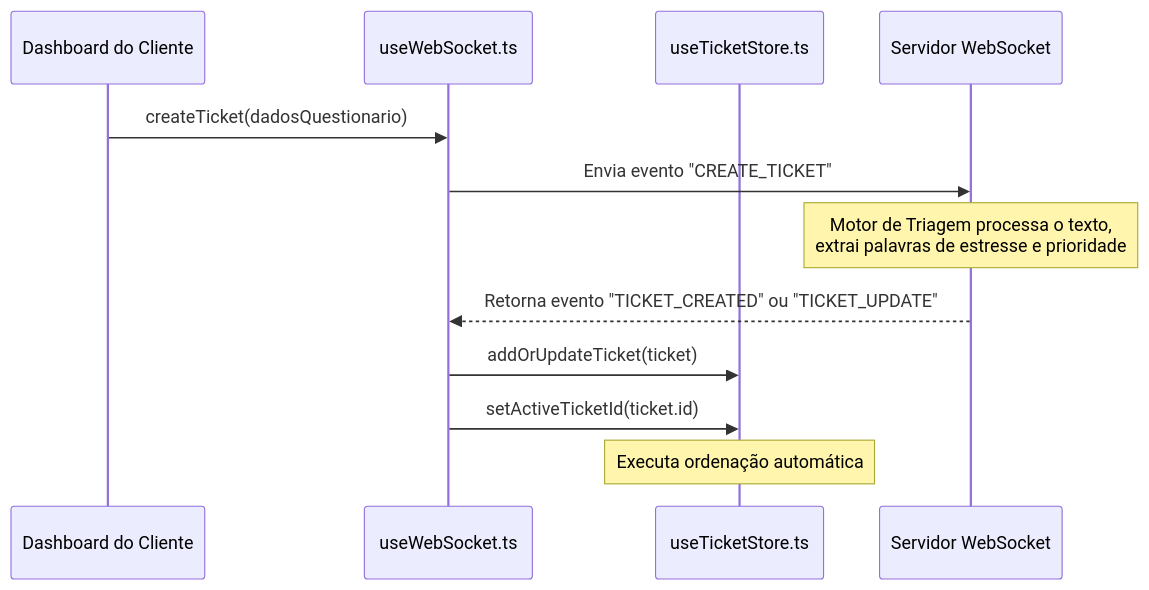
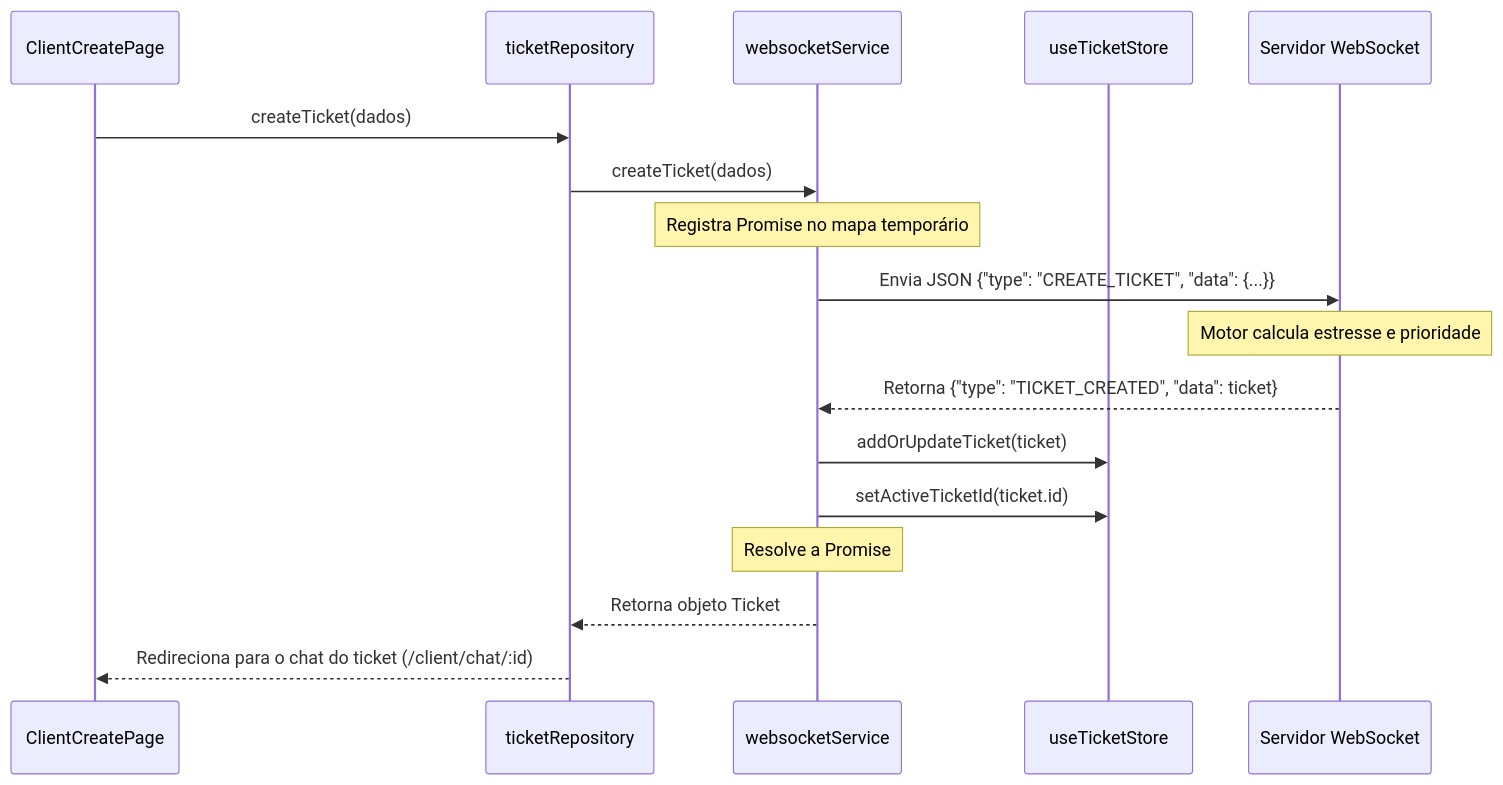
Before and after one commit to CaputiDev/TriageHub: the second of 2 diagrams in client/structure.md, drawn with Mermaid. The commit also changed other lines of this file and 2 other files, not shown here.

````diff
--- a/client/structure.md
+++ b/client/structure.md
@@ -68,15 +89,20 @@
 ```mermaid
 sequenceDiagram
-    participant Cliente as Dashboard do Cliente
-    participant WS as useWebSocket.ts
-    participant Store as useTicketStore.ts
+    participant View as ClientCreatePage
+    participant Repo as ticketRepository
+    participant WS as websocketService
+    participant Store as useTicketStore
     participant Server as Servidor WebSocket
 
-    Cliente->>WS: createTicket(dadosQuestionario)
-    WS->>Server: Envia evento "CREATE_TICKET"
-    Note over Server: Motor de Triagem processa o texto,<br/>extrai palavras de estresse e prioridade
-    Server-->>WS: Retorna evento "TICKET_CREATED" ou "TICKET_UPDATE"
+    View->>Repo: createTicket(dados)
+    Repo->>WS: createTicket(dados)
+    Note over WS: Registra Promise no mapa temporário
+    WS->>Server: Envia JSON {"type": "CREATE_TICKET", "data": {...}}
+    Note over Server: Motor calcula estresse e prioridade
+    Server-->>WS: Retorna {"type": "TICKET_CREATED", "data": ticket}
     WS->>Store: addOrUpdateTicket(ticket)
     WS->>Store: setActiveTicketId(ticket.id)
-    Note over Store: Executa ordenação automática
+    Note over WS: Resolve a Promise
+    WS-->>Repo: Retorna objeto Ticket
+    Repo-->>View: Redireciona para o chat do ticket (/client/chat/:id)
 ```
````
